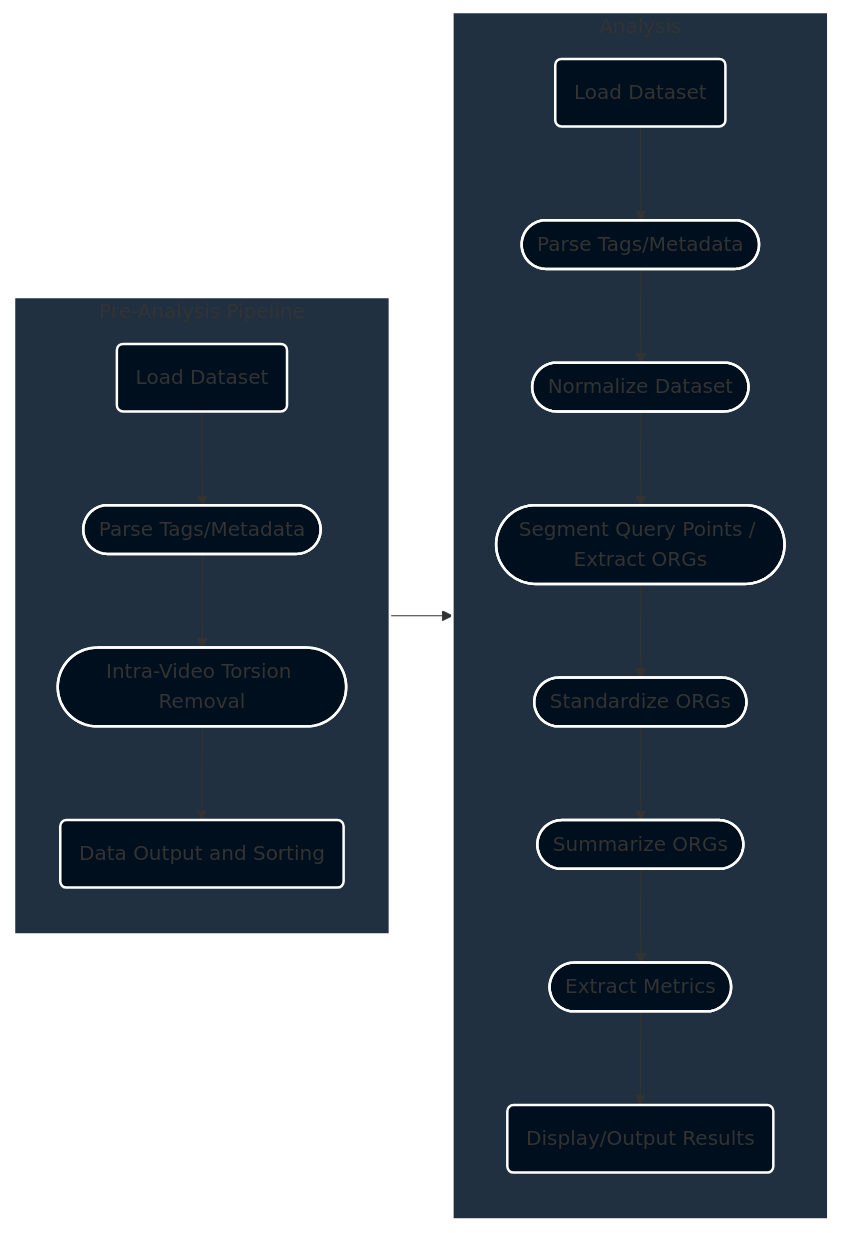
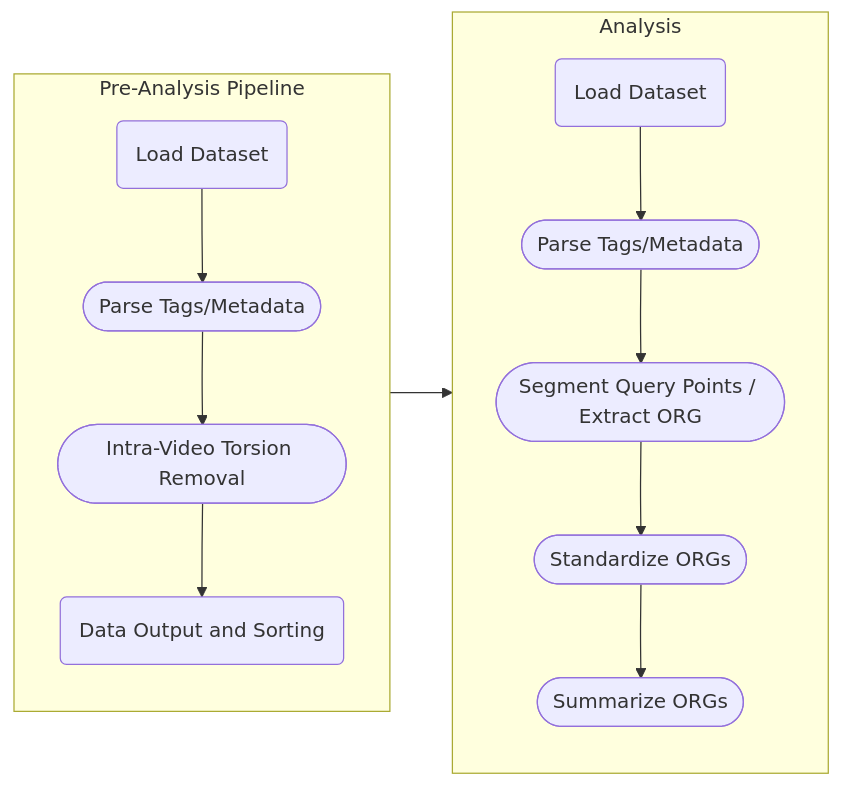
One commit to OCVL/F-Cell changed the diagram in README.md. Above: the diagram before and after it, drawn with Mermaid. The commit also changed 4 other files, not shown here.

````diff
--- a/README.md
+++ b/README.md
@@ -18,42 +18,36 @@
 ```mermaid
 flowchart LR
 
     subgraph preanalysis["Pre-Analysis Pipeline"]
         direction TB
     AA(Load Dataset) --> BB([Parse Tags/Metadata])
     BB([Parse Tags/Metadata]) --> HH([Intra-Video Torsion Removal])
     HH([Intra-Video Torsion Removal]) --> II(Data Output and Sorting)
     end
 
     preanalysis --> analysis
 
     subgraph analysis["Analysis"]
         direction TB
     A(Load Dataset) --> B([Parse Tags/Metadata])
-    B([Parse Tags/Metadata])  --> C([Normalize Dataset])
-    C([Normalize Dataset])  --> D([Segment Query Points / Extract ORGs])
-    D([Segment Query Points / Extract ORGs])  --> E([Standardize ORGs])
+    B([Parse Tags/Metadata])  --> D([Segment Query Points / Extract ORGs])
+    D([Segment Query Points / Extract ORG])  --> E([Standardize ORGs])
     E([Standardize ORGs])  --> F([Summarize ORGs])
-    F([Summarize ORGs])  --> G([Extract Metrics])
-    G([Extract Metrics])  --> H(Display/Output Results)
     end
     
     click BB "https://github.com/OCVL/F-Cell/wiki/Advanced:-Tag-Parsing" "Tag Parsing"
     click CC "https://github.com/OCVL/F-Cell/wiki/Advanced:-Pre%E2%80%90Analysis-Pipeline#general-parameters" "Custom Steps"
     click DD "https://github.com/OCVL/F-Cell/wiki/Advanced:-Pre%E2%80%90Analysis-Pipeline#trimming" "Trim Video"
     click EE "https://github.com/OCVL/F-Cell/wiki/Advanced:-Pre%E2%80%90Analysis-Pipeline#flat-fielding" "Flat Field"
     click FF "https://github.com/OCVL/F-Cell/wiki/Advanced:-Pre%E2%80%90Analysis-Pipeline#blurring" "Blurring"
     click GG "https://github.com/OCVL/F-Cell/wiki/Advanced:-Pre%E2%80%90Analysis-Pipeline#roi-masking" "Crop Video"
     click HH "https://github.com/OCVL/F-Cell/wiki/Advanced:-Pre%E2%80%90Analysis-Pipeline#torsion-correction" "Intra-Video Torsion Removal"
 
     click B "https://github.com/OCVL/F-Cell/wiki/Advanced:-Tag-Parsing" "Tag Parsing"
     click C "https://github.com/OCVL/F-Cell/wiki/Advanced:-Analysis-Parameters#data-normalization" "Normalize Data"
     click D "https://github.com/OCVL/F-Cell/wiki/Advanced:-Analysis-Parameters#query-point-segmentation" "Query Point Segmentation"
     click E "https://github.com/OCVL/F-Cell/wiki/Advanced:-Analysis-Parameters#signal-standardization" "Standardization"
     click F "https://github.com/OCVL/F-Cell/wiki/Advanced:-Analysis-Parameters#org-summary" "Summarization"
     click G "https://github.com/OCVL/F-Cell/wiki/Advanced:-Analysis-Metrics" "Metrics"
     click H "https://github.com/OCVL/F-Cell/wiki/Advanced:-Analysis-Display-Parameters" "Display Results"
-    style preanalysis fill:#203040, stroke:#FFFFFF, stroke-width:2px
-    style analysis fill:#203040, stroke:#FFFFFF, stroke-width:2px
-classDef default fill:#000F1E, stroke:#FFFFFF, stroke-width:2px
 ```
````
